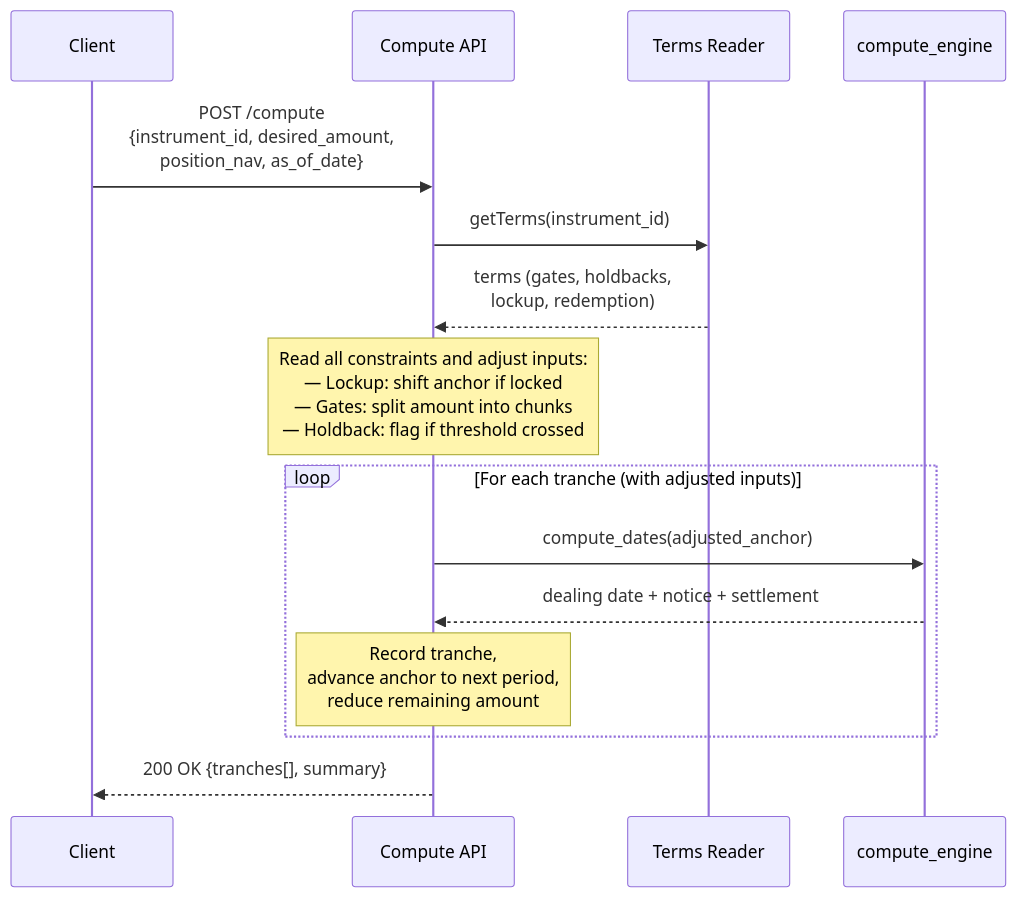
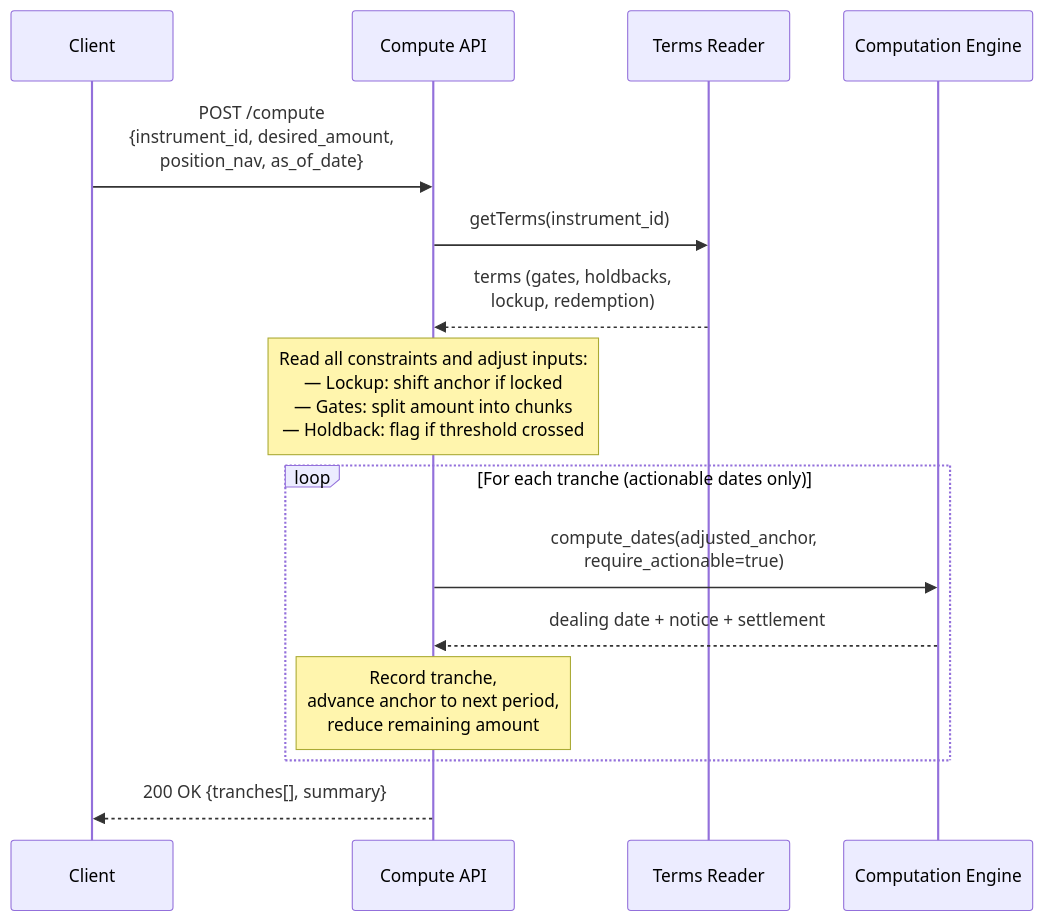
The second of 5 diagrams in lcs-main/docs/architecture.md (Ashu290905/OSYTE), drawn with Mermaid before and after one commit. The commit also changed other lines of this file and 3 other files, not shown here.

````diff
--- a/lcs-main/docs/architecture.md
+++ b/lcs-main/docs/architecture.md
@@ -86,22 +97,22 @@
 ```mermaid
 sequenceDiagram
     participant Client
     participant API as Compute API
     participant TR as Terms Reader
-    participant CE as compute_engine
+    participant CE as Computation Engine
 
     Client->>API: POST /compute<br/>{instrument_id, desired_amount,<br/> position_nav, as_of_date}
 
     API->>TR: getTerms(instrument_id)
     TR-->>API: terms (gates, holdbacks,<br/>lockup, redemption)
 
     Note over API: Read all constraints and adjust inputs:<br/>— Lockup: shift anchor if locked<br/>— Gates: split amount into chunks<br/>— Holdback: flag if threshold crossed
 
-    loop For each tranche (with adjusted inputs)
-        API->>CE: compute_dates(adjusted_anchor)
+    loop For each tranche (actionable dates only)
+        API->>CE: compute_dates(adjusted_anchor,<br/>require_actionable=true)
         CE-->>API: dealing date + notice + settlement
         Note over API: Record tranche,<br/>advance anchor to next period,<br/>reduce remaining amount
     end
 
     API-->>Client: 200 OK {tranches[], summary}
 ```
````
